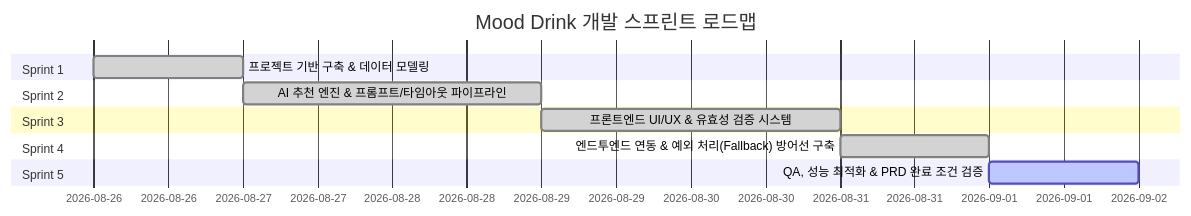
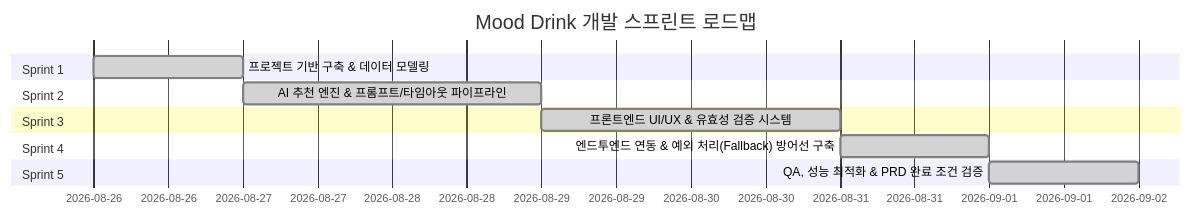
The diagram in docs/DEVELOPMENT_PLAN.md (seodongheon/mood_drink), drawn with Mermaid before and after one commit. The commit also changed other lines of this file and 4 other files, not shown here.

````diff
--- a/docs/DEVELOPMENT_PLAN.md
+++ b/docs/DEVELOPMENT_PLAN.md
@@ -36,15 +36,15 @@
 ```mermaid
 gantt
     title Mood Drink 개발 스프린트 로드맵
     dateFormat  YYYY-MM-DD
     section Sprint 1
     프로젝트 기반 구축 & 데이터 모델링     :done, s1, 2026-08-26, 1d
     section Sprint 2
     AI 추천 엔진 & 프롬프트/타임아웃 파이프라인 :done, s2, after s1, 2d
     section Sprint 3
     프론트엔드 UI/UX & 유효성 검증 시스템    :done, s3, after s2, 2d
     section Sprint 4
     엔드투엔드 연동 & 예외 처리(Fallback) 방어선 구축 :done, s4, after s3, 1d
     section Sprint 5
-    QA, 성능 최적화 & PRD 완료 조건 검증      :active, s5, after s4, 1d
+    QA, 성능 최적화 & PRD 완료 조건 검증      :done, s5, after s4, 1d
 ```
````
